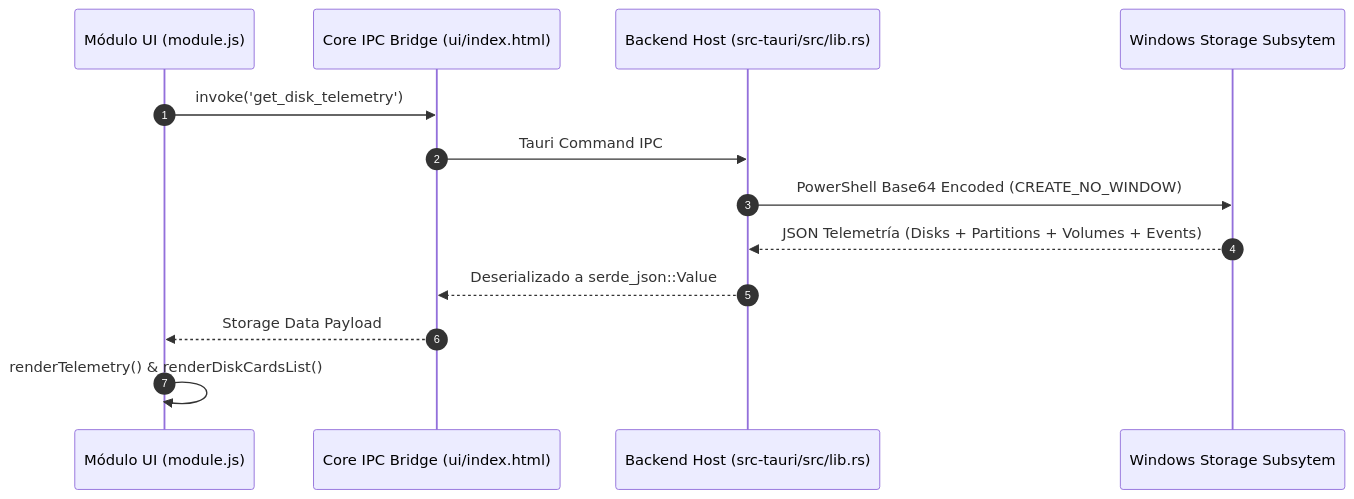
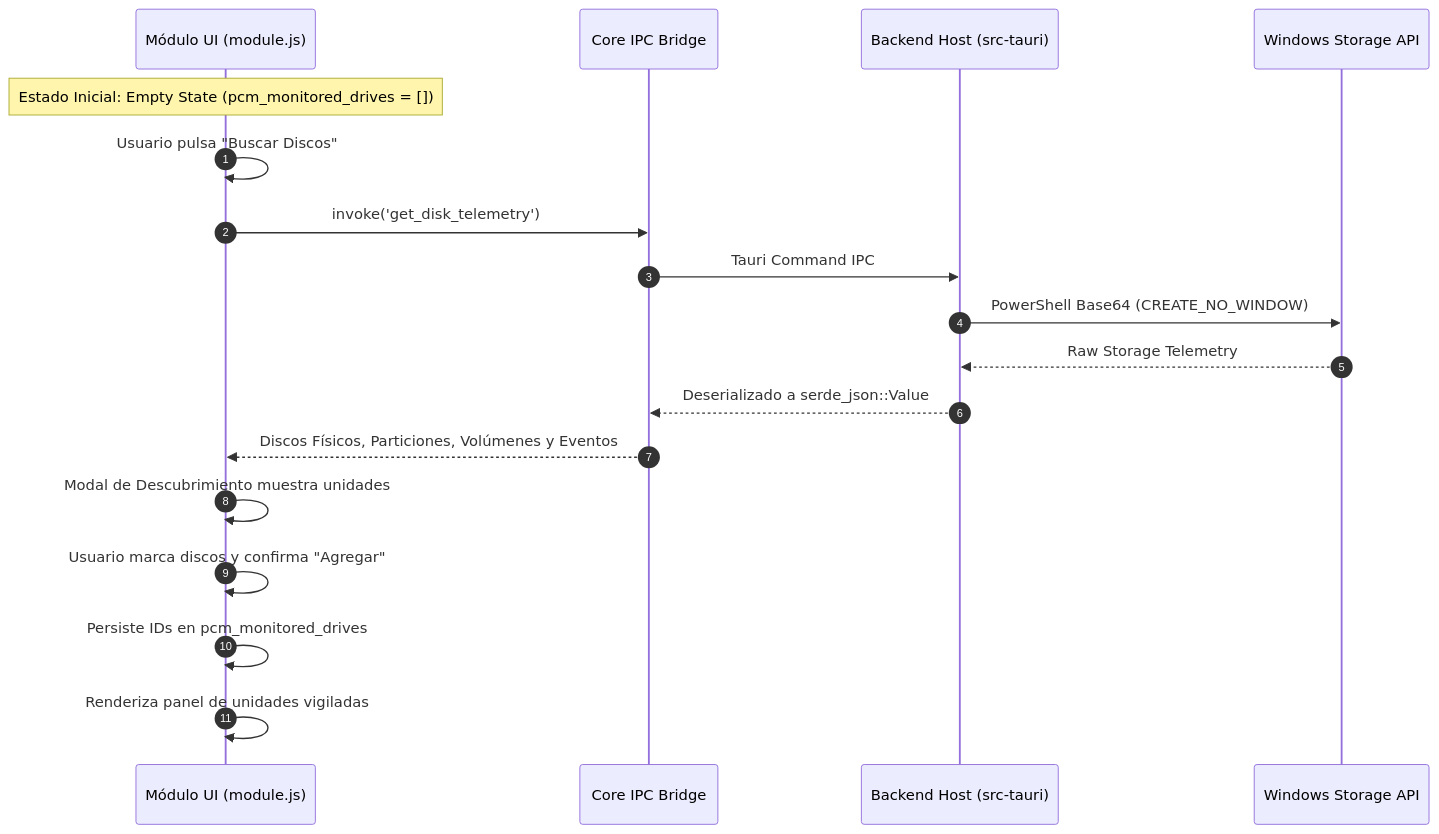
The diagram in docs/developer/disk-monitor.md (agusavila/pc_manager), drawn with Mermaid before and after one commit. The commit also changed other lines of this file and 9 other files, not shown here.

Commit message:
refactor(module): reconstruir modulo disk-monitor desde cero con neutralidad estricta, flujo de descubrimiento manual y cero preinstalacion

````diff
--- a/docs/developer/disk-monitor.md
+++ b/docs/developer/disk-monitor.md
@@ -11,16 +11,21 @@
 ```mermaid
 sequenceDiagram
     autonumber
     participant UI as Módulo UI (module.js)
-    participant Core as Core IPC Bridge (ui/index.html)
-    participant Rust as Backend Host (src-tauri/src/lib.rs)
-    participant WinAPI as Windows Storage Subsytem
+    participant Core as Core IPC Bridge
+    participant Rust as Backend Host (src-tauri)
+    participant Storage as Windows Storage API
 
+    Note over UI: Estado Inicial: Empty State (pcm_monitored_drives = [])
+    UI->>UI: Usuario pulsa "Buscar Discos"
     UI->>Core: invoke('get_disk_telemetry')
     Core->>Rust: Tauri Command IPC
-    Rust->>WinAPI: PowerShell Base64 Encoded (CREATE_NO_WINDOW)
-    WinAPI-->>Rust: JSON Telemetría (Disks + Partitions + Volumes + Events)
+    Rust->>Storage: PowerShell Base64 (CREATE_NO_WINDOW)
+    Storage-->>Rust: Raw Storage Telemetry
     Rust-->>Core: Deserializado a serde_json::Value
-    Core-->>UI: Storage Data Payload
-    UI->>UI: renderTelemetry() & renderDiskCardsList()
+    Core-->>UI: Discos Físicos, Particiones, Volúmenes y Eventos
+    UI->>UI: Modal de Descubrimiento muestra unidades
+    UI->>UI: Usuario marca discos y confirma "Agregar"
+    UI->>UI: Persiste IDs en pcm_monitored_drives
+    UI->>UI: Renderiza panel de unidades vigiladas
 ```
````
